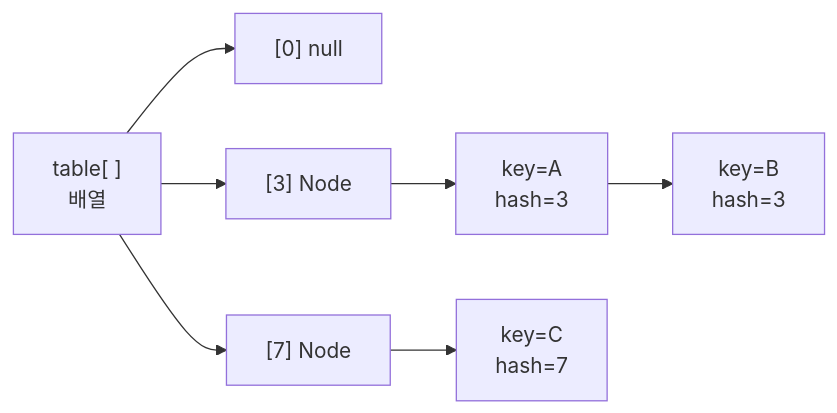
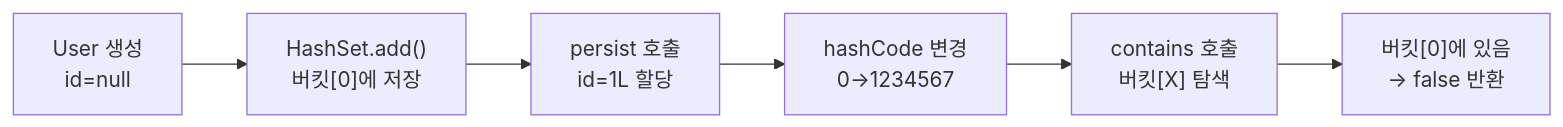
One commit to yjkim2015/yjkim2015.github.io changed the fourth of 5 diagrams in _posts/java/2026-05-12-java-hashmap-deep-dive.md. Above: the diagram before and after it, drawn with Mermaid. The commit also changed other lines of this file and 4 other files, not shown here.

````diff
--- a/_posts/java/2026-05-12-java-hashmap-deep-dive.md
+++ b/_posts/java/2026-05-12-java-hashmap-deep-dive.md
@@ -152,9 +1313,8 @@
 ```mermaid
 graph LR
-    T["table[ ]<br/>배열"] --> B0["[0] null"]
-    T --> B3["[3] Node"]
-    T --> B7["[7] Node"]
-    B3 --> N1["key=A<br/>hash=3"]
-    N1 --> N2["key=B<br/>hash=3"]
-    B7 --> N3["key=C<br/>hash=7"]
+    A["User 생성<br/>id=null"] --> B["HashSet.add()<br/>버킷[0]에 저장"]
+    B --> C["persist 호출<br/>id=1L 할당"]
+    C --> D["hashCode 변경<br/>0→1234567"]
+    D --> E["contains 호출<br/>버킷[X] 탐색"]
+    E --> F["버킷[0]에 있음<br/>→ false 반환"]
 ```
````
